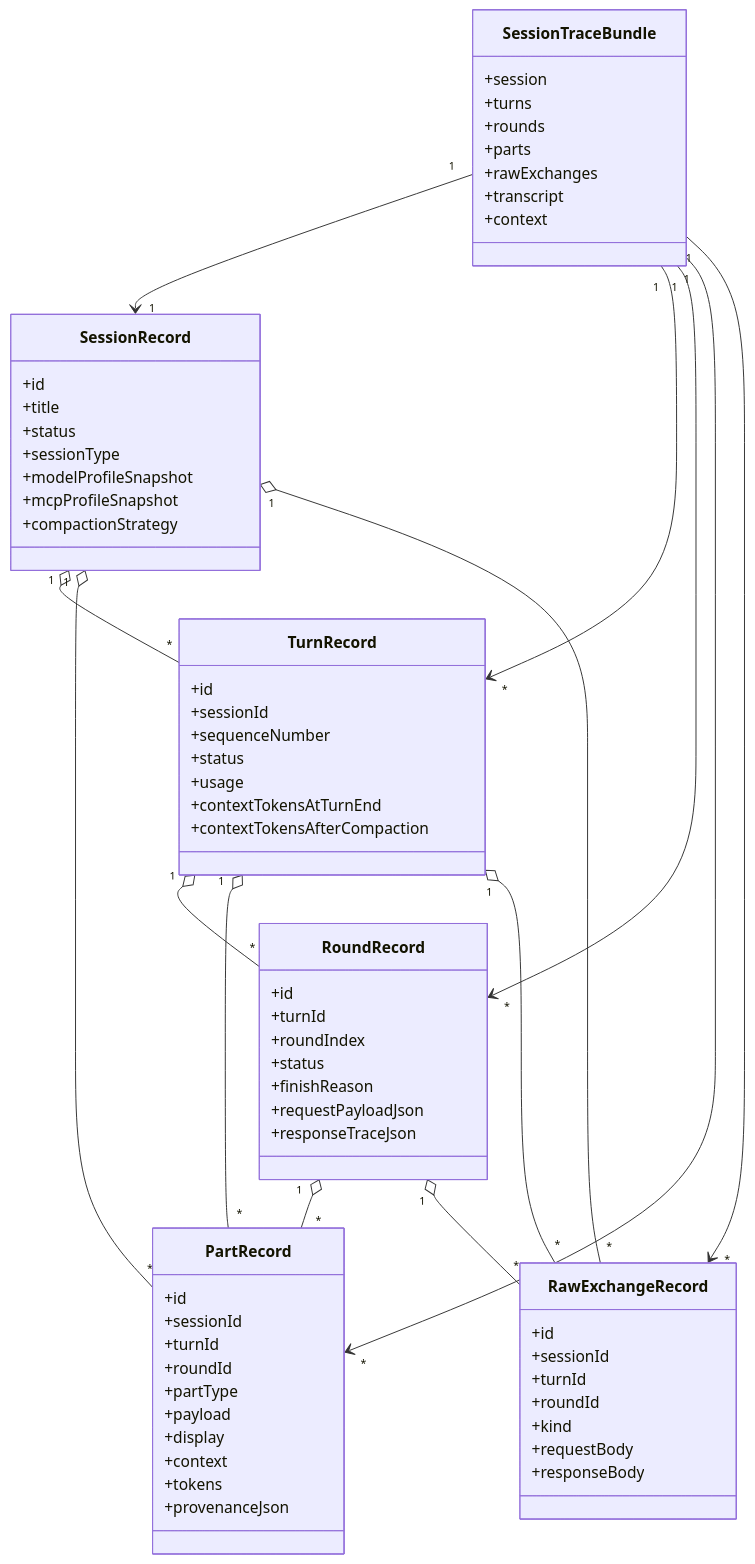
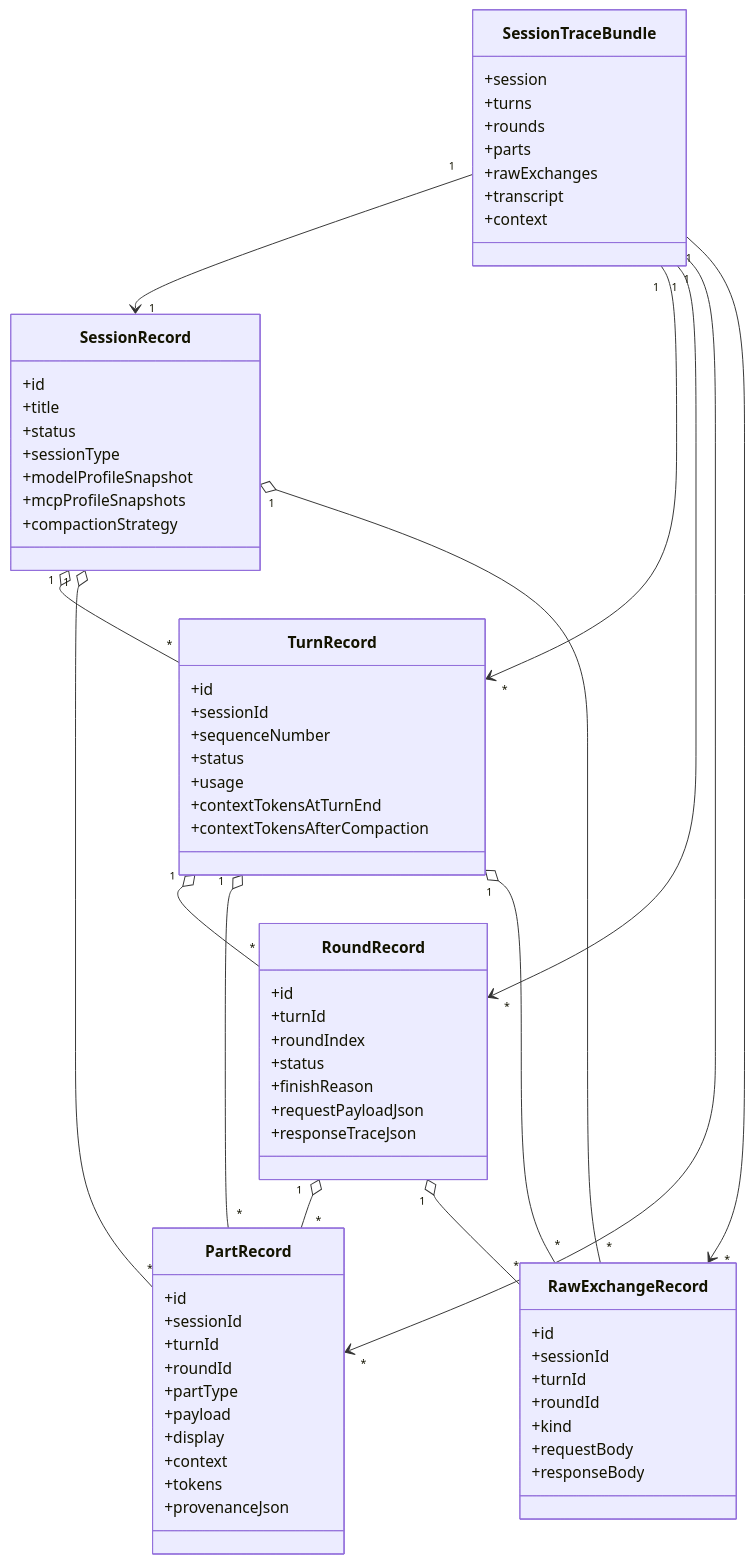
Before and after one commit to ffleurey/mcpscope: the first of 2 diagrams in ARCHITECTURE.md, drawn with Mermaid. The commit also changed 3 other files, not shown here.

First line of the commit message:
docs: update ARCHITECTURE.md, CLI.md, DATA-MODEL.md, DATABASE-SCHEMA.md for multi-MCP

````diff
--- a/ARCHITECTURE.md
+++ b/ARCHITECTURE.md
@@ -302,79 +302,79 @@
 ```mermaid
 classDiagram
 	class SessionRecord {
 		+id
 		+title
 		+status
 		+sessionType
 		+modelProfileSnapshot
-		+mcpProfileSnapshot
+		+mcpProfileSnapshots
 		+compactionStrategy
 	}
 
 	class TurnRecord {
 		+id
 		+sessionId
 		+sequenceNumber
 		+status
 		+usage
 		+contextTokensAtTurnEnd
 		+contextTokensAfterCompaction
 	}
 
 	class RoundRecord {
 		+id
 		+turnId
 		+roundIndex
 		+status
 		+finishReason
 		+requestPayloadJson
 		+responseTraceJson
 	}
 
 	class PartRecord {
 		+id
 		+sessionId
 		+turnId
 		+roundId
 		+partType
 		+payload
 		+display
 		+context
 		+tokens
 		+provenanceJson
 	}
 
 	class RawExchangeRecord {
 		+id
 		+sessionId
 		+turnId
 		+roundId
 		+kind
 		+requestBody
 		+responseBody
 	}
 
 	class SessionTraceBundle {
 		+session
 		+turns
 		+rounds
 		+parts
 		+rawExchanges
 		+transcript
 		+context
 	}
 
 	SessionRecord "1" o-- "*" TurnRecord
 	TurnRecord "1" o-- "*" RoundRecord
 	SessionRecord "1" o-- "*" PartRecord
 	SessionRecord "1" o-- "*" RawExchangeRecord
 	TurnRecord "1" o-- "*" PartRecord
 	RoundRecord "1" o-- "*" PartRecord
 	TurnRecord "1" o-- "*" RawExchangeRecord
 	RoundRecord "1" o-- "*" RawExchangeRecord
 	SessionTraceBundle "1" --> "1" SessionRecord
 	SessionTraceBundle "1" --> "*" TurnRecord
 	SessionTraceBundle "1" --> "*" RoundRecord
 	SessionTraceBundle "1" --> "*" PartRecord
 	SessionTraceBundle "1" --> "*" RawExchangeRecord
 ```
````
